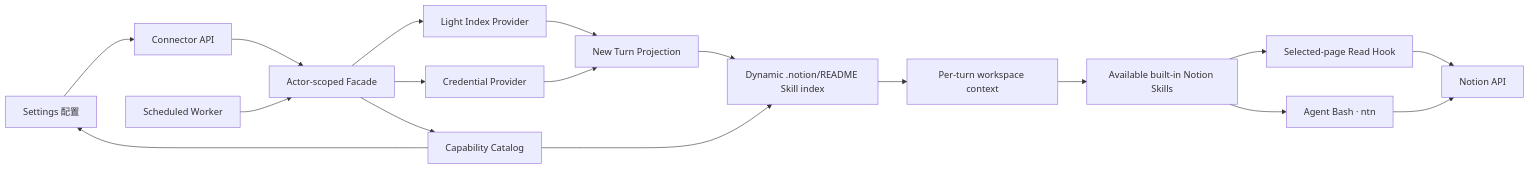
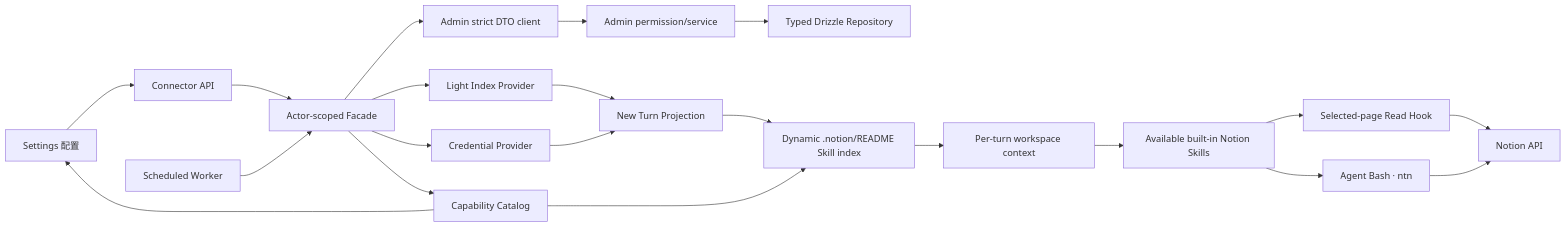
Before and after one commit to glide-the/im-dream: the diagram in docs/design/notion-session/connector-interaction.md, drawn with Mermaid. The commit also changed other lines of this file and 28 other files, not shown here.

````diff
--- a/docs/design/notion-session/connector-interaction.md
+++ b/docs/design/notion-session/connector-interaction.md
@@ -13,20 +14,23 @@
 ```mermaid
 flowchart LR
     Settings["Settings 配置"] --> Router["Connector API"]
     Router --> Facade["Actor-scoped Facade"]
+    Facade --> AdminDTO["Admin strict DTO client"]
+    AdminDTO --> AdminService["Admin permission/service"]
+    AdminService --> Drizzle["Typed Drizzle Repository"]
     Facade --> Credential["Credential Provider"]
     Facade --> Index["Light Index Provider"]
     Facade --> Catalog["Capability Catalog"]
     Scheduler["Scheduled Worker"] --> Facade
     Index --> Turn["New Turn Projection"]
     Credential --> Turn
     Catalog --> Settings
     Turn --> Readme["Dynamic .notion/README Skill index"]
     Catalog --> Readme
     Readme --> Context["Per-turn workspace context"]
     Context --> Skill["Available built-in Notion Skills"]
     Skill --> Hook["Selected-page Read Hook"]
     Skill --> CLI["Agent Bash · ntn"]
     Hook --> Notion["Notion API"]
     CLI --> Notion
 ```
````
